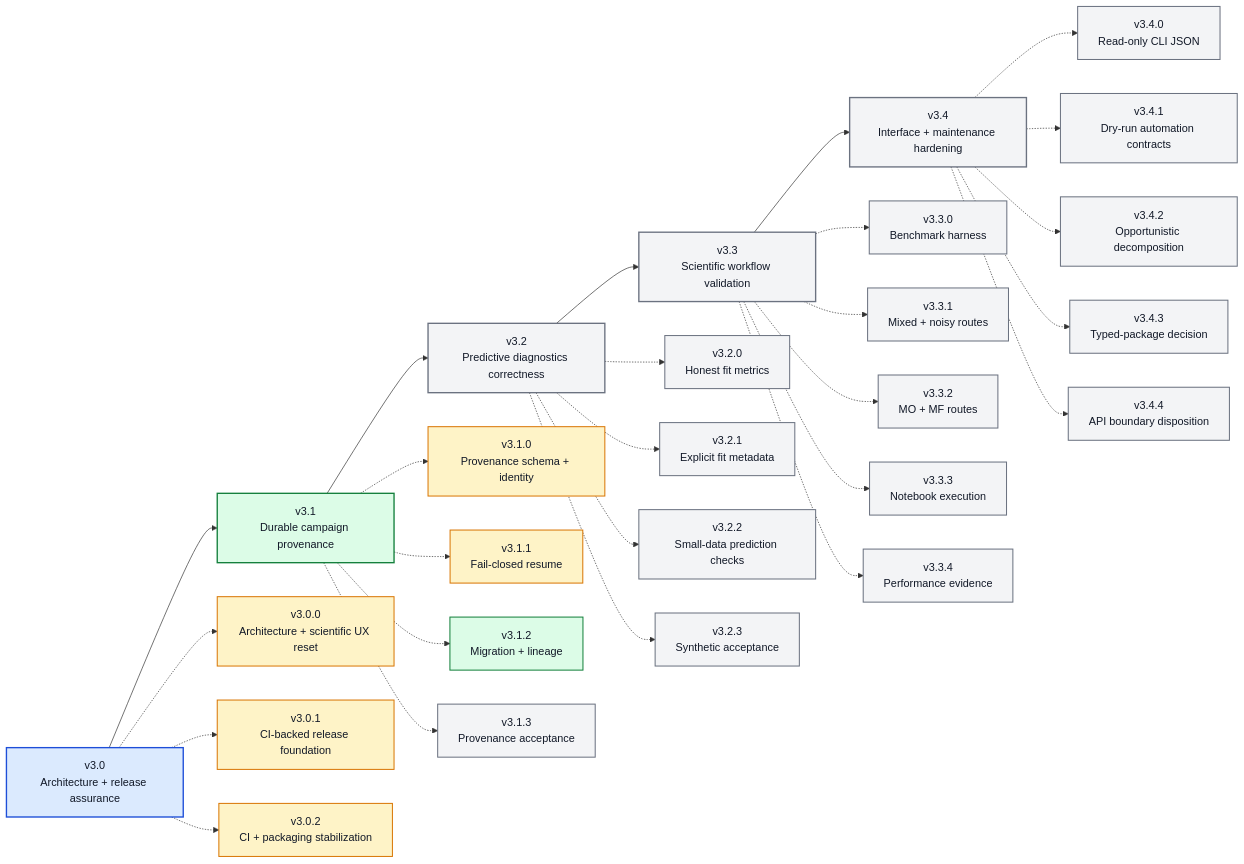
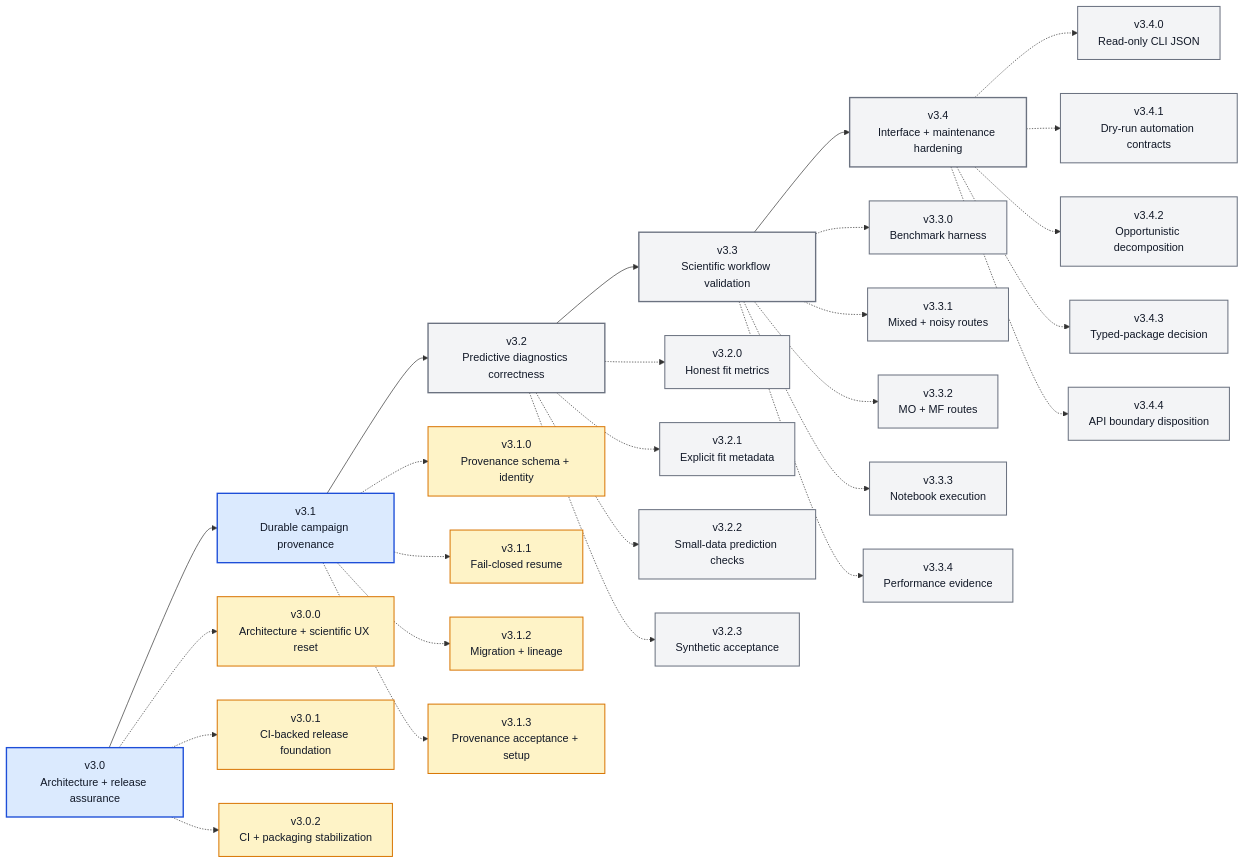
The diagram in ROADMAP_V3_X.md (angzeli/bo-forge), drawn with Mermaid before and after one commit. The commit also changed other lines of this file and 32 other files, not shown here.

Commit message:
v3.1.3 update: Complete provenance acceptance and documentation

````diff
--- a/ROADMAP_V3_X.md
+++ b/ROADMAP_V3_X.md
@@ -13,63 +15,61 @@
 ```mermaid
 flowchart LR
     v30["v3.0<br/>Architecture + release assurance"] --> v31["v3.1<br/>Durable campaign provenance"] --> v32["v3.2<br/>Predictive diagnostics correctness"] --> v33["v3.3<br/>Scientific workflow validation"] --> v34["v3.4<br/>Interface + maintenance hardening"]
 
     v300["v3.0.0<br/>Architecture + scientific UX reset"]
     v301["v3.0.1<br/>CI-backed release foundation"]
     v302["v3.0.2<br/>CI + packaging stabilization"]
     v310["v3.1.0<br/>Provenance schema + identity"]
     v311["v3.1.1<br/>Fail-closed resume"]
     v312["v3.1.2<br/>Migration + lineage"]
-    v313["v3.1.3<br/>Provenance acceptance"]
+    v313["v3.1.3<br/>Provenance acceptance + setup"]
     v320["v3.2.0<br/>Honest fit metrics"]
     v321["v3.2.1<br/>Explicit fit metadata"]
     v322["v3.2.2<br/>Small-data prediction checks"]
     v323["v3.2.3<br/>Synthetic acceptance"]
     v330["v3.3.0<br/>Benchmark harness"]
     v331["v3.3.1<br/>Mixed + noisy routes"]
     v332["v3.3.2<br/>MO + MF routes"]
     v333["v3.3.3<br/>Notebook execution"]
     v334["v3.3.4<br/>Performance evidence"]
     v340["v3.4.0<br/>Read-only CLI JSON"]
     v341["v3.4.1<br/>Dry-run automation contracts"]
     v342["v3.4.2<br/>Opportunistic decomposition"]
     v343["v3.4.3<br/>Typed-package decision"]
     v344["v3.4.4<br/>API boundary disposition"]
 
     v30 -.-> v300
     v30 -.-> v301
     v30 -.-> v302
     v31 -.-> v310
     v31 -.-> v311
     v31 -.-> v312
     v31 -.-> v313
     v32 -.-> v320
     v32 -.-> v321
     v32 -.-> v322
     v32 -.-> v323
     v33 -.-> v330
     v33 -.-> v331
     v33 -.-> v332
     v33 -.-> v333
     v33 -.-> v334
     v34 -.-> v340
     v34 -.-> v341
     v34 -.-> v342
     v34 -.-> v343
     v34 -.-> v344
 
-    class v30 majorDone
-    class v31 majorActive
+    class v30,v31 majorDone
     class v32,v33,v34 majorFuture
     class v300,v301,v302 patchDone
-    class v310,v311 patchDone
-    class v312 patchActive
-    class v313,v320,v321,v322,v323,v330,v331,v332,v333,v334,v340,v341,v342,v343,v344 patchFuture
+    class v310,v311,v312,v313 patchDone
+    class v320,v321,v322,v323,v330,v331,v332,v333,v334,v340,v341,v342,v343,v344 patchFuture
 
     classDef majorDone fill:#dbeafe,stroke:#1d4ed8,stroke-width:2px,color:#111827;
     classDef majorActive fill:#dcfce7,stroke:#15803d,stroke-width:2px,color:#111827;
     classDef majorFuture fill:#f3f4f6,stroke:#6b7280,stroke-width:2px,color:#111827;
     classDef patchDone fill:#fef3c7,stroke:#d97706,stroke-width:1.5px,color:#111827;
     classDef patchActive fill:#dcfce7,stroke:#15803d,stroke-width:1.5px,color:#111827;
     classDef patchFuture fill:#f3f4f6,stroke:#6b7280,stroke-width:1.5px,color:#111827;
 ```
````
